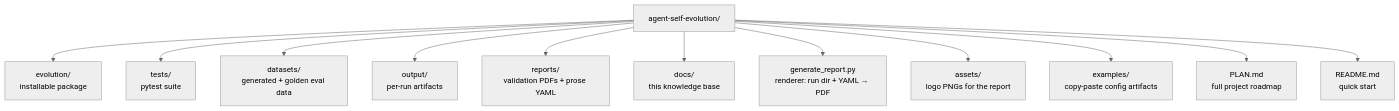
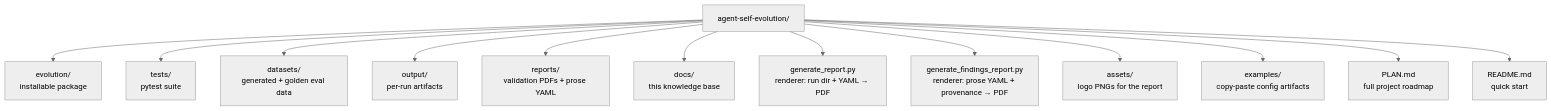
The diagram in docs/codebase_info.md (NousResearch/hermes-agent-self-evolution), drawn with Mermaid (neutral theme) before and after one commit. The commit also changed other lines of this file and 7 other files, not shown here.

````diff
--- a/docs/codebase_info.md
+++ b/docs/codebase_info.md
@@ -20,14 +20,15 @@
 ```mermaid
 graph TD
     A[agent-self-evolution/] --> B[evolution/<br/>installable package]
     A --> C[tests/<br/>pytest suite]
     A --> D[datasets/<br/>generated + golden eval data]
     A --> F[output/<br/>per-run artifacts]
     A --> G[reports/<br/>validation PDFs + prose YAML]
     A --> H[docs/<br/>this knowledge base]
     A --> I[generate_report.py<br/>renderer: run dir + YAML → PDF]
+    A --> N[generate_findings_report.py<br/>renderer: prose YAML + provenance → PDF]
     A --> L[assets/<br/>logo PNGs for the report]
     A --> M[examples/<br/>copy-paste config artifacts]
     A --> J[PLAN.md<br/>full project roadmap]
     A --> K[README.md<br/>quick start]
 ```
````
